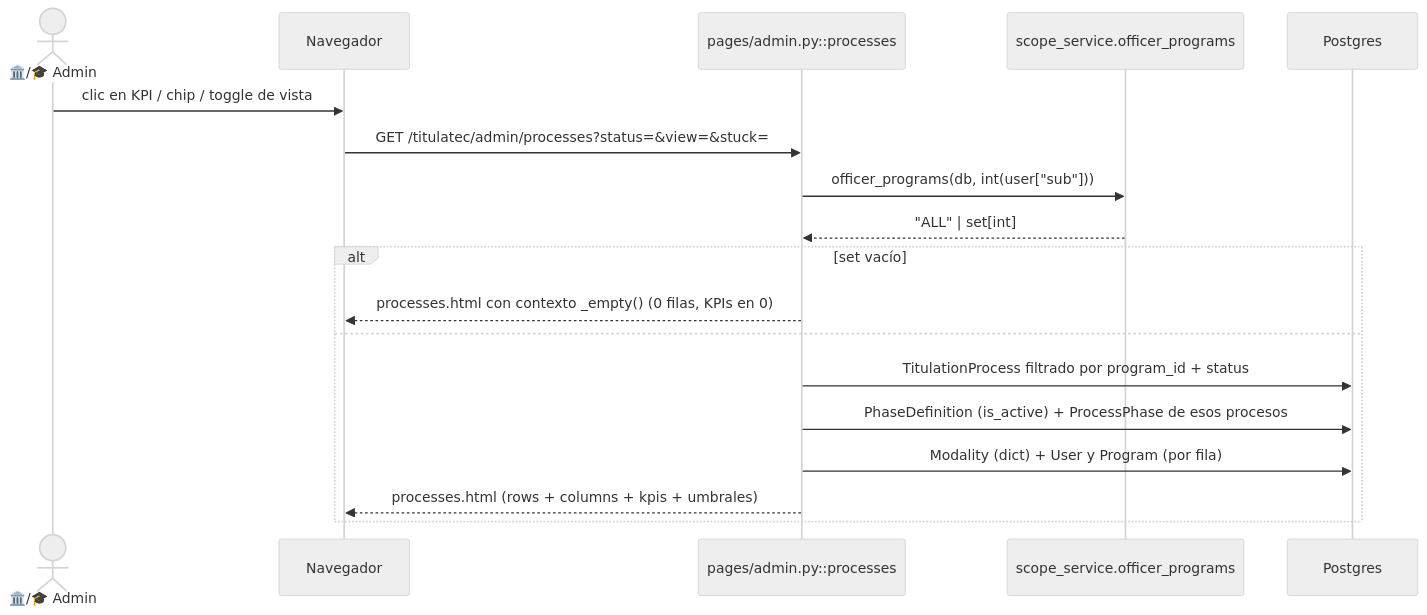
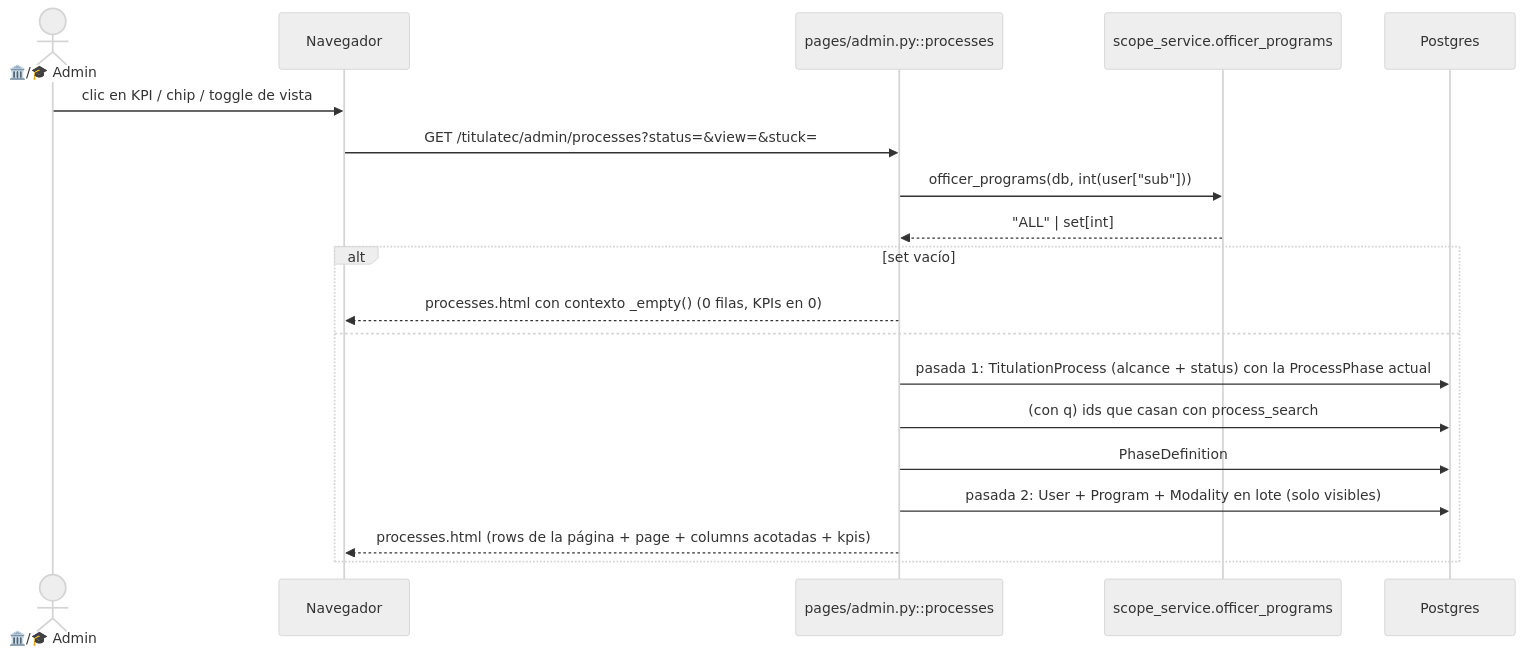
Before and after one commit to Erne1357/itcj: the diagram in itcj2/apps/titulatec/docs/flows/xcut_admin_process_inbox.md, drawn with Mermaid (neutral theme). The commit also changed other lines of this file and 8 other files, not shown here.

First line of the commit message:
feat(titulatec): procesos paginados con búsqueda en servidor y kanban acotado

````diff
--- a/itcj2/apps/titulatec/docs/flows/xcut_admin_process_inbox.md
+++ b/itcj2/apps/titulatec/docs/flows/xcut_admin_process_inbox.md
@@ -67,20 +106,21 @@
 ```mermaid
 sequenceDiagram
     actor U as 🏛️/🎓 Admin
     participant FE as Navegador
     participant P as pages/admin.py::processes
     participant SC as scope_service.officer_programs
     participant DB as Postgres
     U->>FE: clic en KPI / chip / toggle de vista
     FE->>P: GET /titulatec/admin/processes?status=&view=&stuck=
     P->>SC: officer_programs(db, int(user["sub"]))
     SC-->>P: "ALL" | set[int]
     alt set vacío
         P-->>FE: processes.html con contexto _empty() (0 filas, KPIs en 0)
     else
-        P->>DB: TitulationProcess filtrado por program_id + status
-        P->>DB: PhaseDefinition (is_active) + ProcessPhase de esos procesos
-        P->>DB: Modality (dict) + User y Program (por fila)
-        P-->>FE: processes.html (rows + columns + kpis + umbrales)
+        P->>DB: pasada 1: TitulationProcess (alcance + status) con la ProcessPhase actual
+        P->>DB: (con q) ids que casan con process_search
+        P->>DB: PhaseDefinition
+        P->>DB: pasada 2: User + Program + Modality en lote (solo visibles)
+        P-->>FE: processes.html (rows de la página + page + columns acotadas + kpis)
     end
 ```
````
